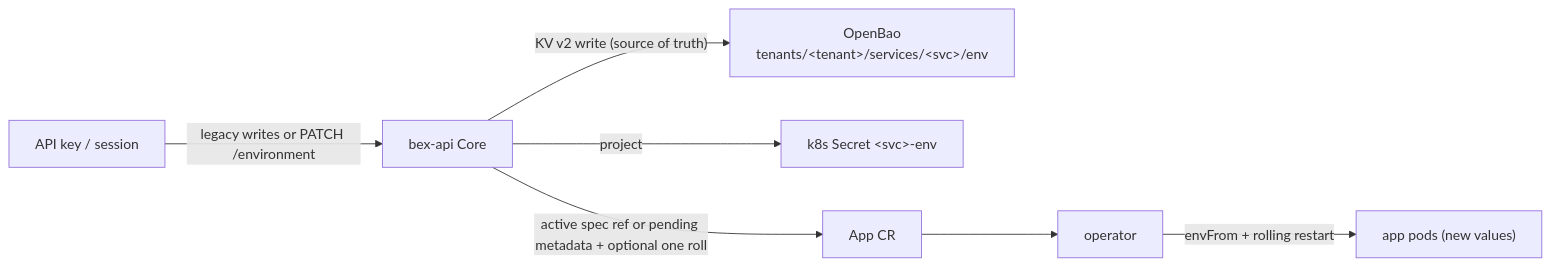
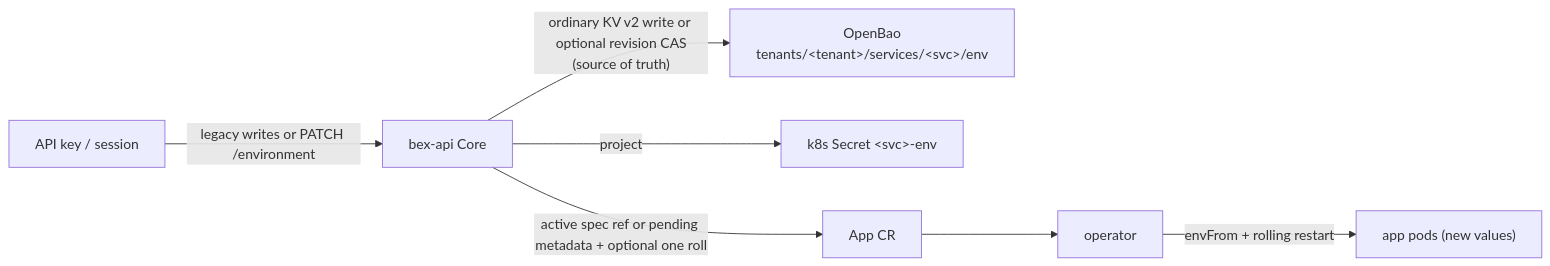
Before and after one commit to cuckoo-network/cuckoo: the diagram in docs/ADR013-secrets.md, drawn with Mermaid. The commit also changed other lines of this file and 41 other files, not shown here.

````diff
--- a/docs/ADR013-secrets.md
+++ b/docs/ADR013-secrets.md
@@ -71,9 +73,9 @@
 ```mermaid
 flowchart LR
   caller["API key / session"] -->|"legacy writes or PATCH /environment"| api["bex-api Core"]
-  api -->|"KV v2 write (source of truth)"| bao["OpenBao<br/>tenants/&lt;tenant&gt;/services/&lt;svc&gt;/env"]
+  api -->|"ordinary KV v2 write or optional revision CAS<br/>(source of truth)"| bao["OpenBao<br/>tenants/&lt;tenant&gt;/services/&lt;svc&gt;/env"]
   api -->|"project"| sec["k8s Secret &lt;svc&gt;-env"]
   api -->|"active spec ref or pending metadata + optional one roll"| cr["App CR"]
   cr --> op["operator"]
   op -->|"envFrom + rolling restart"| pod["app pods (new values)"]
 ```
````
